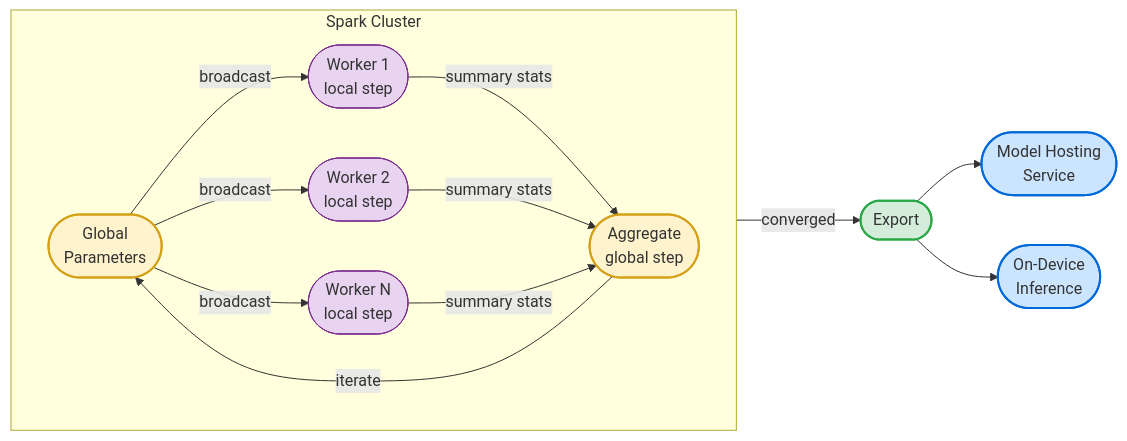
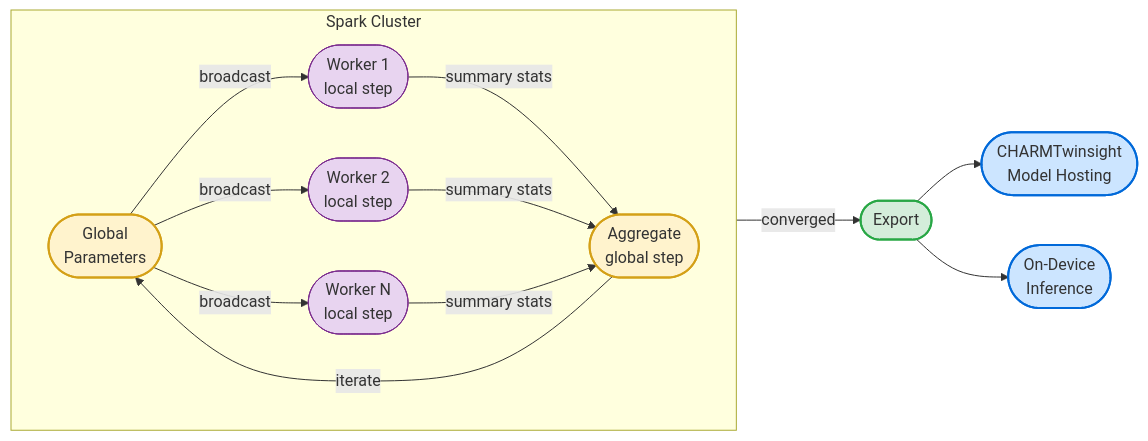
Before and after one commit to oneilsh/topic-state-space-modeling: the third of 3 diagrams in README.md, drawn with Mermaid. The commit also changed other lines of this file and 1 other file, not shown here.

````diff
--- a/README.md
+++ b/README.md
@@ -124,26 +133,26 @@
 ```mermaid
 graph LR
     subgraph CLUSTER ["Spark Cluster"]
         direction LR
         G(["Global<br/>Parameters"]) -->|broadcast| W1(["Worker 1<br/>local step"])
         G -->|broadcast| W2(["Worker 2<br/>local step"])
         G -->|broadcast| WN(["Worker N<br/>local step"])
         W1 -->|summary stats| AG(["Aggregate<br/>global step"])
         W2 -->|summary stats| AG
         WN -->|summary stats| AG
         AG -->|iterate| G
     end
 
     AG -->|converged| EX(["Export"])
-    EX --> MH(["Model Hosting<br/>Service"])
+    EX --> MH(["CHARMTwinsight<br/>Model Hosting"])
     EX --> PH(["On-Device<br/>Inference"])
 
     style G fill:#fff3cd,stroke:#d4a017,stroke-width:2px
     style AG fill:#fff3cd,stroke:#d4a017,stroke-width:2px
     style W1 fill:#e8d4f0,stroke:#7b2d8e,stroke-width:1px
     style W2 fill:#e8d4f0,stroke:#7b2d8e,stroke-width:1px
     style WN fill:#e8d4f0,stroke:#7b2d8e,stroke-width:1px
     style EX fill:#d4edda,stroke:#28a745,stroke-width:2px
     style MH fill:#cce5ff,stroke:#0069d9,stroke-width:2px
     style PH fill:#cce5ff,stroke:#0069d9,stroke-width:2px
 ```
````
